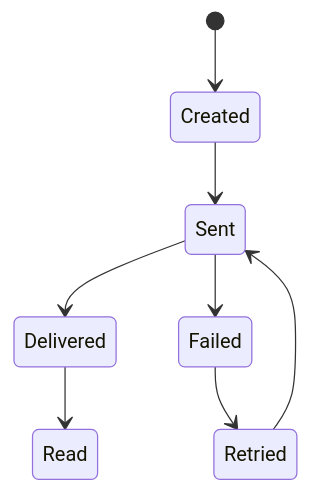
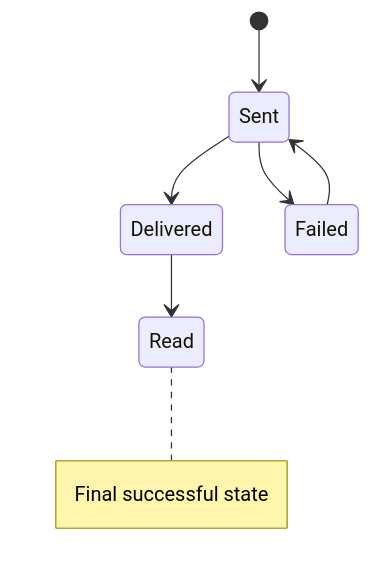
Before and after one commit to Artem-KAI/Software-Design-and-Documentation: the third of 3 diagrams in lab1/main.md, drawn with Mermaid. The commit also changed other lines of this file, not shown here.

````diff
--- a/lab1/main.md
+++ b/lab1/main.md
@@ -84,10 +109,13 @@
 ```mermaid
 stateDiagram-v2
-  [*] --> Created
-  Created --> Sent
-  Sent --> Delivered
-  Delivered --> Read
-  Sent --> Failed
-  Failed --> Retried
-  Retried --> Sent
+    [*] --> Sent
+    Sent --> Delivered
+    Delivered --> Read
+
+    Sent --> Failed
+    Failed --> Sent
+
+    note right of Read
+        Final successful state
+    end note
 ```
````
